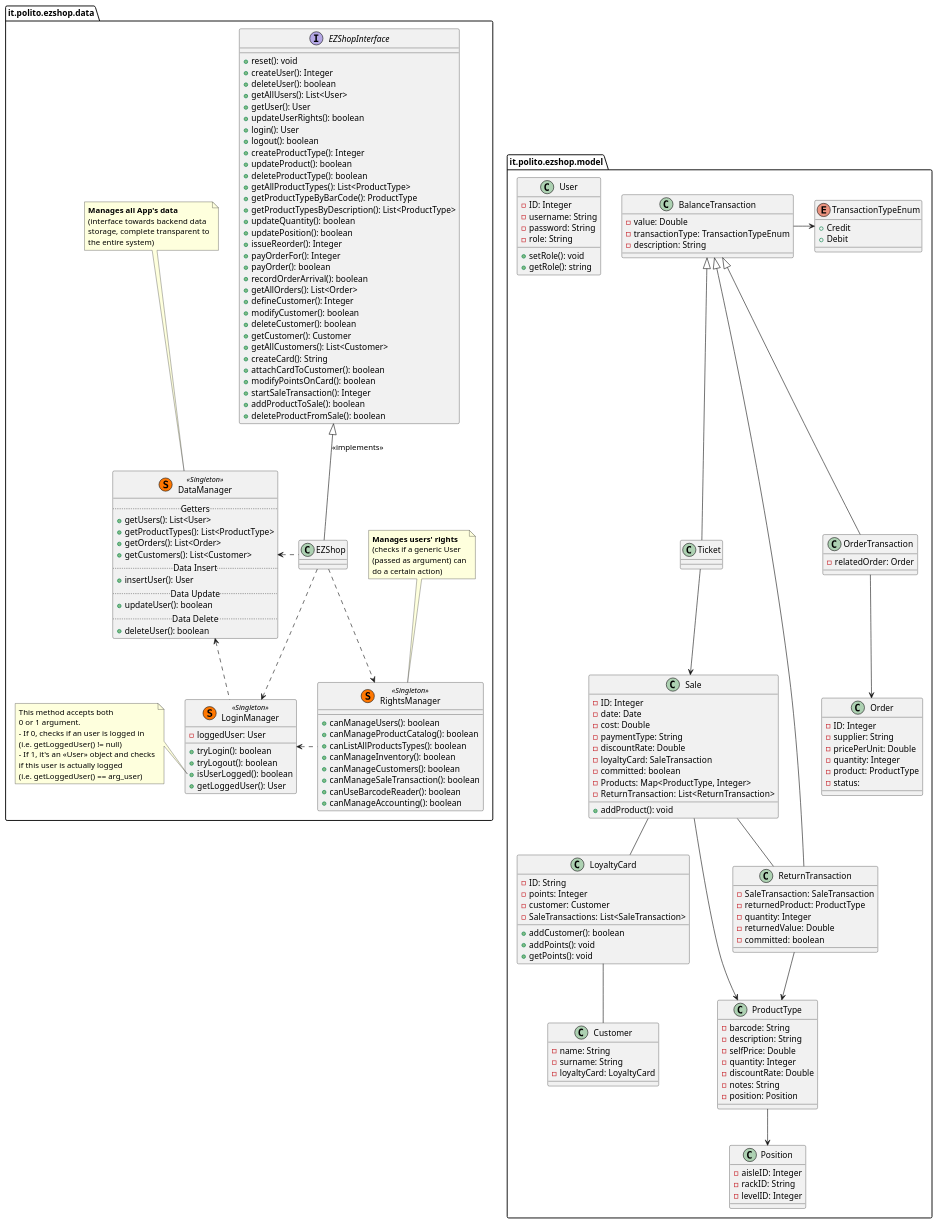
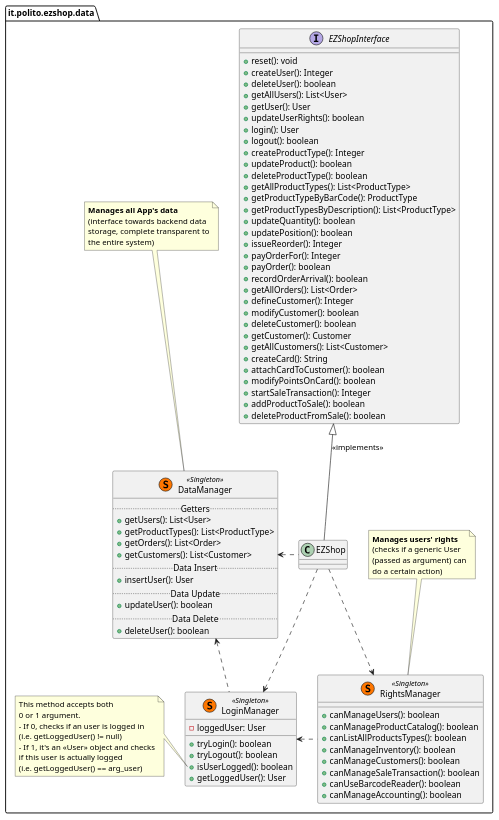
Before and after one commit to thegabriele97/EzShop: the second of 4 diagrams in Deliverables/DesignDocument.md, drawn with PlantUML.

Commit message:
docs: DesignDocument, doc style update

````diff
--- a/Deliverables/DesignDocument.md
+++ b/Deliverables/DesignDocument.md
@@ -167,115 +167,4 @@
 
 }
 
-
-package "it.polito.ezshop.model" as model {
-    class User {
-        -ID: Integer
-        -username: String
-        -password: String
-        -role: String
-        {method} +setRole(): void
-        +getRole(): string
-    }
-
-    class ProductType {
-        -barcode: String
-        -description: String
-        -selfPrice: Double
-        -quantity: Integer
-        -discountRate: Double
-        -notes: String
-        -position: Position
-    }
-
-    class Position {
-        -aisleID: Integer
-        -rackID: String
-        -levelID: Integer
-    }
-
-    class Ticket {
-
-    }
-
-    class Sale {
-        -ID: Integer
-        -date: Date
-        -cost: Double
-        -paymentType: String
-        -discountRate: Double
-        -loyaltyCard: SaleTransaction
-        -committed: boolean
-        -Products: Map<ProductType, Integer>
-        -ReturnTransaction: List<ReturnTransaction>
-        {method} +addProduct(): void
-    }
-
-    class ReturnTransaction {
-        -SaleTransaction: SaleTransaction
-        -returnedProduct: ProductType
-        -quantity: Integer
-        -returnedValue: Double
-        -committed: boolean
-    }
-
-    class OrderTransaction {
-        -relatedOrder: Order
-    }
-
-    class Order {
-        -ID: Integer
-        -supplier: String
-        -pricePerUnit: Double
-        -quantity: Integer
-        -product: ProductType
-        -status: 
-    }
-
-    enum TransactionTypeEnum {
-        +Credit
-        +Debit
-    }
-
-    class BalanceTransaction {
-        -value: Double
-        -transactionType: TransactionTypeEnum
-        -description: String
-    }
-
-    class Customer {
-        -name: String
-        -surname: String
-        - loyaltyCard: LoyaltyCard
-    }
-
-    class LoyaltyCard {
-        -ID: String
-        -points: Integer
-        -customer: Customer
-        -SaleTransactions: List<SaleTransaction>
-        {method} +addCustomer(): boolean
-        +addPoints(): void
-        +getPoints(): void
-    }
-
-
-    ProductType --> Position
-    ReturnTransaction --> ProductType
-    Sale --> ProductType
-    Sale -- ReturnTransaction
-
-    LoyaltyCard -- Customer
-    Sale -- LoyaltyCard
-
-    BalanceTransaction <|-- Ticket
-    BalanceTransaction <|-- ReturnTransaction
-    BalanceTransaction <|-- OrderTransaction
-
-    OrderTransaction --> Order
-    Ticket --> Sale
-
-    BalanceTransaction -right-> TransactionTypeEnum
-}
-
 ```
````
